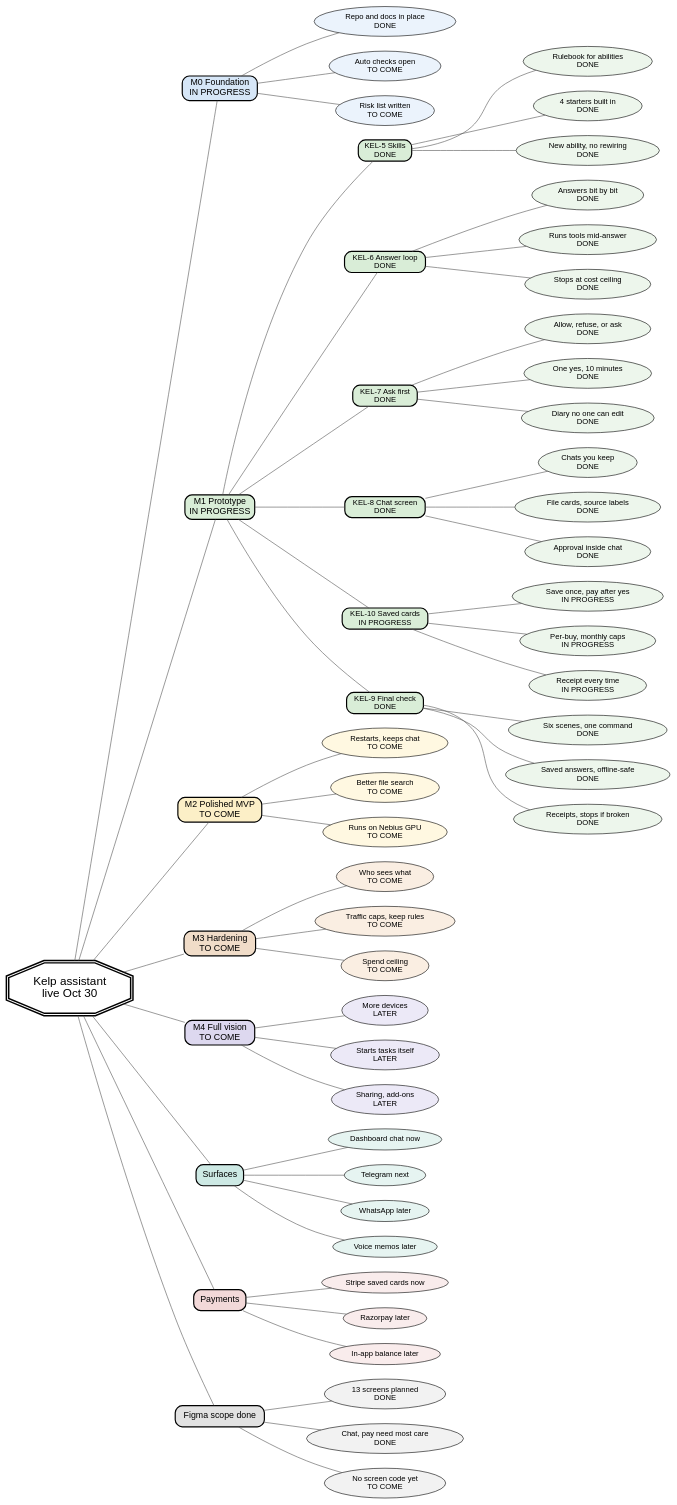
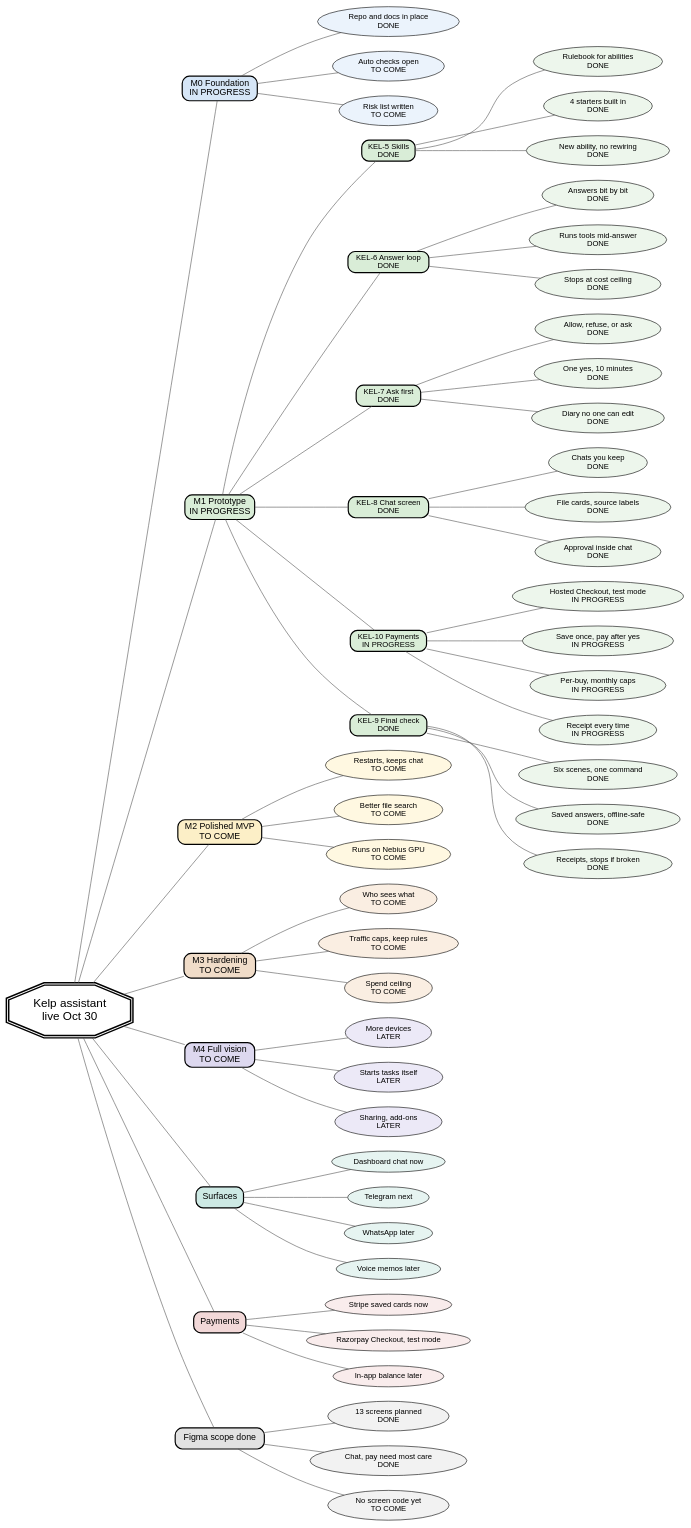
The diagram in docs/sdlc-mindmap.gv (Anshieee/kelp), drawn with Graphviz before and after one commit. The commit also changed 4 other files, not shown here.

Commit message:
docs: refresh SDLC tracker for KEL-10 checkout merge (c474c72, 491 tests)

```diff
--- a/docs/sdlc-mindmap.gv
+++ b/docs/sdlc-mindmap.gv
@@ -1,161 +1,163 @@
 // Kelp assistant SDLC mindmap (KEL-numbered).
 // One central node, one idea per branch, plain words.
 // Render: dot -Tsvg docs/sdlc-mindmap.gv -o docs/sdlc-mindmap.svg
 //         dot -Tpng docs/sdlc-mindmap.gv -o docs/sdlc-mindmap.png
 // Colours: white background, small muted fills per branch, black text.
 // Meaning is carried by words, never by colour alone. No emojis.
 // Status words: DONE, IN PROGRESS, TO COME, LATER.
 // Interactivity: every node has URL (page anchor) + tooltip (one plain line),
 // so dot emits <a href> links and <title> tooltips in the SVG.
 digraph sdlc {
   bgcolor="white";
   rankdir="LR";
   splines="true";
   overlap="false";
   nodesep="0.35";
   ranksep="1.0";
   node [fontname="Helvetica" fontsize="13" color="black" fontcolor="black" fillcolor="white" style="filled,rounded"];
   edge [color="#555555" arrowhead="none"];
 
   // Central node
   center [label="Kelp assistant\nlive Oct 30" shape="doubleoctagon" style="filled,bold" fontsize="20" penwidth="2.5" width="2.3" height="1.2" fillcolor="white" URL="#top" tooltip="Private assistant you talk to from a dashboard. Target live Oct 30."];
 
   // Main branches
   m0   [label="M0 Foundation\nIN PROGRESS" shape="box" style="filled,bold,rounded" fontsize="15" penwidth="2" fillcolor="#D6E6F7" URL="#m0" tooltip="Stage 0: shared code, docs, checks, risk list. In progress."];
   m1   [label="M1 Prototype\nIN PROGRESS" shape="box" style="filled,bold,rounded" fontsize="15" penwidth="2" fillcolor="#D9EDD7" URL="#m1" tooltip="Stage 1: ask, answer, approve, pay, demo. In progress."];
   m2   [label="M2 Polished MVP\nTO COME" shape="box" style="filled,bold,rounded" fontsize="15" penwidth="2" fillcolor="#FCEFC7" URL="#m2" tooltip="Stage 2: survives ordinary use. Agreed, not started."];
   m3   [label="M3 Hardening\nTO COME" shape="box" style="filled,bold,rounded" fontsize="15" penwidth="2" fillcolor="#F0DCC8" URL="#m3" tooltip="Stage 3: privacy and cost promises hold. Agreed, not started."];
   m4   [label="M4 Full vision\nTO COME" shape="box" style="filled,bold,rounded" fontsize="15" penwidth="2" fillcolor="#DDD8EF" URL="#m4" tooltip="Stage 4: more devices and sharing. Direction, not a deadline."];
   surf [label="Surfaces" shape="box" style="filled,bold,rounded" fontsize="15" penwidth="2" fillcolor="#CDE9E4" URL="#surfaces" tooltip="Where you talk to the assistant: screen now, phone apps later."];
-  pay  [label="Payments" shape="box" style="filled,bold,rounded" fontsize="15" penwidth="2" fillcolor="#F2D8D8" URL="#payments" tooltip="How money moves: Stripe now, the rest later."];
+  pay  [label="Payments" shape="box" style="filled,bold,rounded" fontsize="15" penwidth="2" fillcolor="#F2D8D8" URL="#payments" tooltip="How money moves: Stripe saved cards and Razorpay Checkout, both merged. Balance later."];
   fig  [label="Figma scope done" shape="box" style="filled,bold,rounded" fontsize="15" penwidth="2" fillcolor="#E2E2E2" URL="#figma" tooltip="Screen plan is written. Drawing file is next, no code yet."];
 
   center -> m0;
   center -> m1;
   center -> m2;
   center -> m3;
   center -> m4;
   center -> surf;
   center -> pay;
   center -> fig;
 
   // M0 Foundation leaves (soft blue family)
   m0_repo   [label="Repo and docs in place\nDONE" fillcolor="#EBF3FC" URL="#m0" tooltip="Shared code copy plus docs live. Finished."];
   m0_checks [label="Auto checks open\nTO COME" fillcolor="#EBF3FC" URL="#m0" tooltip="Tests that run on every change. Not started."];
   m0_risks  [label="Risk list written\nTO COME" fillcolor="#EBF3FC" URL="#m0" tooltip="Written list of what could go wrong. Not started."];
   m0 -> m0_repo;
   m0 -> m0_checks;
   m0 -> m0_risks;
 
   // M1 holds the six KEL work items (soft green family)
   k5  [label="KEL-5 Skills\nDONE" shape="box" style="filled,bold,rounded" fillcolor="#D9EDD7" URL="#kel-5" tooltip="Rulebook every new ability follows. Finished."];
   k6  [label="KEL-6 Answer loop\nDONE" shape="box" style="filled,bold,rounded" fillcolor="#D9EDD7" URL="#kel-6" tooltip="Engine: reads, thinks, answers bit by bit. Merged and reviewed."];
   k7  [label="KEL-7 Ask first\nDONE" shape="box" style="filled,bold,rounded" fillcolor="#D9EDD7" URL="#kel-7" tooltip="Checkpoint that asks you before acting. Merged and reviewed."];
   k8  [label="KEL-8 Chat screen\nDONE" shape="box" style="filled,bold,rounded" fillcolor="#D9EDD7" URL="#kel-8" tooltip="Main screen you talk through. Surface merged to main; the browser screen is next."];
-  k10 [label="KEL-10 Saved cards\nIN PROGRESS" shape="box" style="filled,bold,rounded" fillcolor="#D9EDD7" URL="#kel-10" tooltip="Pay with saved cards after you say yes. Scaffold merged; live Stripe run waits on a test key."];
+  k10 [label="KEL-10 Payments\nIN PROGRESS" shape="box" style="filled,bold,rounded" fillcolor="#D9EDD7" URL="#kel-10" tooltip="Pay with a saved card or hosted Checkout after you say yes. Both merged; live test-mode payment pending."];
   k9  [label="KEL-9 Final check\nDONE" shape="box" style="filled,bold,rounded" fillcolor="#D9EDD7" URL="#kel-9" tooltip="Six-scene demo that proves it works. Merged and reviewed."];
   m1 -> k5;
   m1 -> k6;
   m1 -> k7;
   m1 -> k8;
   m1 -> k10;
   m1 -> k9;
 
   // KEL-5 leaves: what it is + why it matters
   k5_rule [label="Rulebook for abilities\nDONE" fillcolor="#EDF6EC" URL="#kel-5" tooltip="What each tool takes in, gives back, may touch. Finished."];
   k5_four [label="4 starters built in\nDONE" fillcolor="#EDF6EC" URL="#kel-5" tooltip="Web search, GitHub read, file answers, scheduler. Finished."];
   k5_add  [label="New ability, no rewiring\nDONE" fillcolor="#EDF6EC" URL="#kel-5" tooltip="Adding a tool is a small contained job. Finished."];
   k5 -> k5_rule;
   k5 -> k5_four;
   k5 -> k5_add;
 
   // KEL-6 leaves
   k6_stream [label="Answers bit by bit\nDONE" fillcolor="#EDF6EC" URL="#kel-6" tooltip="Words appear as they arrive. Merged and reviewed."];
   k6_tools  [label="Runs tools mid-answer\nDONE" fillcolor="#EDF6EC" URL="#kel-6" tooltip="Asks a small program to do one thing, feeds back result. Merged and reviewed."];
   k6_cap    [label="Stops at cost ceiling\nDONE" fillcolor="#EDF6EC" URL="#kel-6" tooltip="Hard limit on steps and length, tallies price. Merged and reviewed."];
   k6 -> k6_stream;
   k6 -> k6_tools;
   k6 -> k6_cap;
 
   // KEL-7 leaves
   k7_ask   [label="Allow, refuse, or ask\nDONE" fillcolor="#EDF6EC" URL="#kel-7" tooltip="Nothing changes something without a yes. Merged and reviewed."];
   k7_once  [label="One yes, 10 minutes\nDONE" fillcolor="#EDF6EC" URL="#kel-7" tooltip="Approval names exact action, works once, then expires. Merged and reviewed."];
   k7_diary [label="Diary no one can edit\nDONE" fillcolor="#EDF6EC" URL="#kel-7" tooltip="Every decision logged, keys removed. Merged and reviewed."];
   k7 -> k7_ask;
   k7 -> k7_once;
   k7 -> k7_diary;
 
   // KEL-8 leaves
   k8_chat [label="Chats you keep\nDONE" fillcolor="#EDF6EC" URL="#kel-8" tooltip="Conversations you name and pick up later. Merged to main."];
   k8_cards [label="File cards, source labels\nDONE" fillcolor="#EDF6EC" URL="#kel-8" tooltip="PDF and table previews plus where answers came from. Merged to main."];
   k8_appr [label="Approval inside chat\nDONE" fillcolor="#EDF6EC" URL="#kel-8" tooltip="Yes or no shown in the conversation, over one-time approvals. Merged to main."];
   k8 -> k8_chat;
   k8 -> k8_cards;
   k8 -> k8_appr;
 
   // KEL-10 leaves
-  k10_cards [label="Save once, pay after yes\nIN PROGRESS" fillcolor="#EDF6EC" URL="#kel-10" tooltip="Cards kept by Stripe, charged only with approval. Code merged, runs on a fake transport."];
+  k10_checkout [label="Hosted Checkout, test mode\nIN PROGRESS" fillcolor="#EDF6EC" URL="#kel-10" tooltip="Order, signature check, settlement, webhook. Merged and reviewed; live payment pending."];
+  k10_cards [label="Save once, pay after yes\nIN PROGRESS" fillcolor="#EDF6EC" URL="#kel-10" tooltip="Cards kept by the processor, charged only with approval. Code merged, runs on a fake transport."];
   k10_caps  [label="Per-buy, monthly caps\nIN PROGRESS" fillcolor="#EDF6EC" URL="#kel-10" tooltip="Spending rules that block over-limit pays. Built and tested offline."];
   k10_receipt [label="Receipt every time\nIN PROGRESS" fillcolor="#EDF6EC" URL="#kel-10" tooltip="What was done, when, and how much. Built and tested offline; live run pending."];
+  k10 -> k10_checkout;
   k10 -> k10_cards;
   k10 -> k10_caps;
   k10 -> k10_receipt;
 
   // KEL-9 leaves
   k9_six  [label="Six scenes, one command\nDONE" fillcolor="#EDF6EC" URL="#kel-9" tooltip="Ask, files, GitHub, approve, schedule, restart. Merged to main."];
   k9_saved [label="Saved answers, offline-safe\nDONE" fillcolor="#EDF6EC" URL="#kel-9" tooltip="Make-believe model answers so the run repeats. Merged to main."];
   k9_shots [label="Receipts, stops if broken\nDONE" fillcolor="#EDF6EC" URL="#kel-9" tooltip="A receipt per scene, an error if one fails. Merged to main."];
   k9 -> k9_six;
   k9 -> k9_saved;
   k9 -> k9_shots;
 
   // M2 leaves (soft amber family)
   m2_restart [label="Restarts, keeps chat\nTO COME" fillcolor="#FFF8E1" URL="#m2" tooltip="Picks up after a restart with nothing lost. Not started."];
   m2_search  [label="Better file search\nTO COME" fillcolor="#FFF8E1" URL="#m2" tooltip="Finds the right bit of your documents. Not started."];
   m2_gpu     [label="Runs on Nebius GPU\nTO COME" fillcolor="#FFF8E1" URL="#m2" tooltip="Model served from our fast chip. Not started."];
   m2 -> m2_restart;
   m2 -> m2_search;
   m2 -> m2_gpu;
 
   // M3 leaves (soft peach family)
   m3_who  [label="Who sees what\nTO COME" fillcolor="#FAEEE2" URL="#m3" tooltip="Privacy rules plus keys kept apart. Not started."];
   m3_rate [label="Traffic caps, keep rules\nTO COME" fillcolor="#FAEEE2" URL="#m3" tooltip="Limits on use and how long data stays. Not started."];
   m3_cost [label="Spend ceiling\nTO COME" fillcolor="#FAEEE2" URL="#m3" tooltip="Ceiling on model cost per turn and month. Not started."];
   m3 -> m3_who;
   m3 -> m3_rate;
   m3 -> m3_cost;
 
   // M4 leaves (soft lavender family)
   m4_dev  [label="More devices\nLATER" fillcolor="#ECE9F7" URL="#m4" tooltip="Same assistant in more places. Later."];
   m4_self [label="Starts tasks itself\nLATER" fillcolor="#ECE9F7" URL="#m4" tooltip="Work the assistant begins on its own. Later."];
   m4_team [label="Sharing, add-ons\nLATER" fillcolor="#ECE9F7" URL="#m4" tooltip="Team use plus abilities added by others. Later."];
   m4 -> m4_dev;
   m4 -> m4_self;
   m4 -> m4_team;
 
   // Surfaces leaves (soft teal family)
   s_dash [label="Dashboard chat now" fillcolor="#E6F4F1" URL="#surfaces" tooltip="Main screen in the browser. Built first."];
   s_tg   [label="Telegram next" fillcolor="#E6F4F1" URL="#surfaces" tooltip="Mirror of the same assistant, same rules. Next."];
   s_wa   [label="WhatsApp later" fillcolor="#E6F4F1" URL="#surfaces" tooltip="Not in this round. Later."];
   s_voice [label="Voice memos later" fillcolor="#E6F4F1" URL="#surfaces" tooltip="No recording or listening work yet. Later."];
   surf -> s_dash;
   surf -> s_tg;
   surf -> s_wa;
   surf -> s_voice;
 
   // Payments leaves (soft rose family)
-  p_stripe [label="Stripe saved cards now" fillcolor="#F9ECEC" URL="#payments" tooltip="Save once, pay after approval, receipt each time. Scaffold merged; live run waits on a test key."];
-  p_razor  [label="Razorpay later" fillcolor="#F9ECEC" URL="#payments" tooltip="No integration in this round. Later."];
+  p_stripe [label="Stripe saved cards now" fillcolor="#F9ECEC" URL="#payments" tooltip="Save once, pay after approval, receipt each time. Code merged; live run waits on a test key."];
+  p_razor  [label="Razorpay Checkout, test mode" fillcolor="#F9ECEC" URL="#payments" tooltip="Hosted Checkout plus a saved-card gateway. Merged and reviewed; live test payment pending."];
   p_bal    [label="In-app balance later" fillcolor="#F9ECEC" URL="#payments" tooltip="Topping up and ledger wait. Later."];
   pay -> p_stripe;
   pay -> p_razor;
   pay -> p_bal;
 
   // Figma leaves (soft grey family)
   f_plan [label="13 screens planned\nDONE" fillcolor="#F2F2F2" URL="#figma" tooltip="Thirteen screens, three flows, four states each. Finished."];
   f_flows [label="Chat, pay need most care\nDONE" fillcolor="#F2F2F2" URL="#figma" tooltip="Money screens get big numbers and plain words. Finished."];
   f_code [label="No screen code yet\nTO COME" fillcolor="#F2F2F2" URL="#figma" tooltip="Drawing file next, then code. Not started."];
   fig -> f_plan;
   fig -> f_flows;
   fig -> f_code;
 }
```
